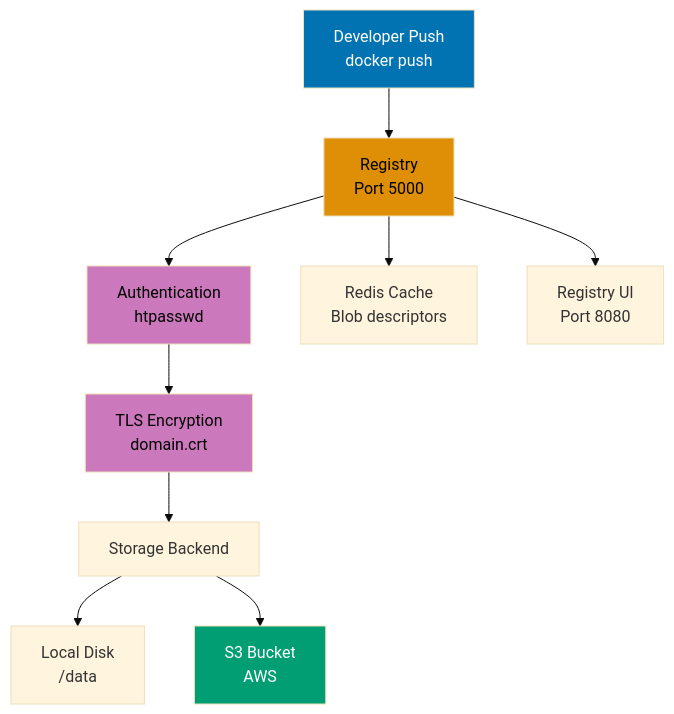
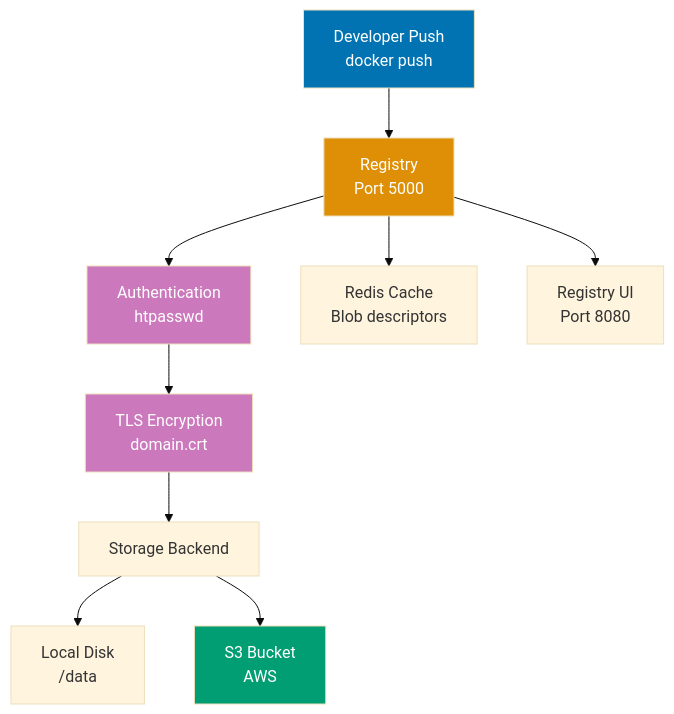
The fifth of 12 diagrams in apps/ayokoding-web/content/en/learn/software-engineering/infrastructure/tools/docker/by-example/advanced.md (wahidyankf/open-sharia-enterprise), drawn with Mermaid (base theme) before and after one commit. The commit also changed other lines of this file and 61 other files, not shown here.

First line of the commit message:
fix(ayokoding-web): quote Mermaid node labels with special characters in Example 63

````diff
--- a/apps/ayokoding-web/content/en/learn/software-engineering/infrastructure/tools/docker/by-example/advanced.md
+++ b/apps/ayokoding-web/content/en/learn/software-engineering/infrastructure/tools/docker/by-example/advanced.md
@@ -1255,18 +1255,18 @@
 ```mermaid
 %% Registry infrastructure
 graph TD
     A["Developer Push<br/>docker push"] --> B["Registry<br/>Port 5000"]
     B --> C["Authentication<br/>htpasswd"]
     C --> D["TLS Encryption<br/>domain.crt"]
     D --> E["Storage Backend"]
     E --> E1["Local Disk<br/>/data"]
     E --> E2["S3 Bucket<br/>AWS"]
     B --> F["Redis Cache<br/>Blob descriptors"]
     B --> G["Registry UI<br/>Port 8080"]
 
     style A fill:#0173B2,color:#fff
-    style B fill:#DE8F05,color:#000
-    style C fill:#CC78BC,color:#000
-    style D fill:#CC78BC,color:#000
+    style B fill:#DE8F05,color:#fff
+    style C fill:#CC78BC,color:#fff
+    style D fill:#CC78BC,color:#fff
     style E2 fill:#029E73,color:#fff
 ```
````
